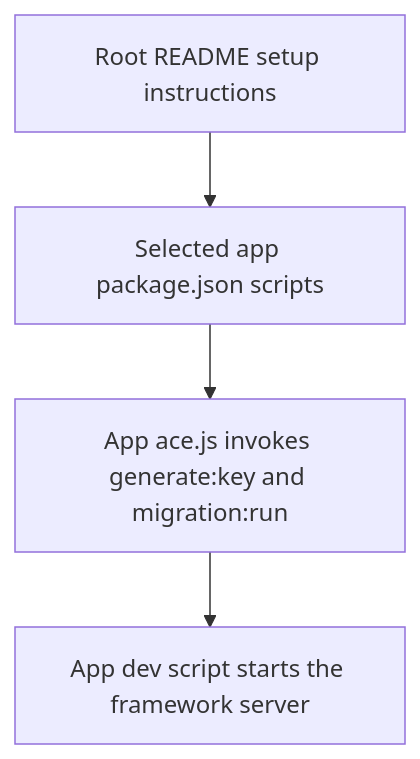
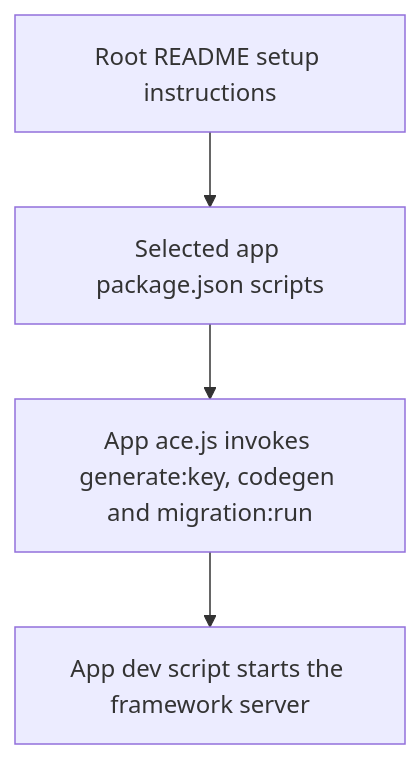
One commit to Kevinjohn/oss-adonisjs-starter-examples changed the second of 2 diagrams in user-stories/operations/us-ops-01-run-kit.md. Above: the diagram before and after it, drawn with Mermaid. The commit also changed other lines of this file and 29 other files, not shown here.

````diff
--- a/user-stories/operations/us-ops-01-run-kit.md
+++ b/user-stories/operations/us-ops-01-run-kit.md
@@ -33,6 +33,6 @@
 ```mermaid
 flowchart TD
     A["Root README setup instructions"] --> B["Selected app package.json scripts"]
-    B --> C["App ace.js invokes generate:key and migration:run"]
+    B --> C["App ace.js invokes generate:key, codegen and migration:run"]
     C --> D["App dev script starts the framework server"]
 ```
````
